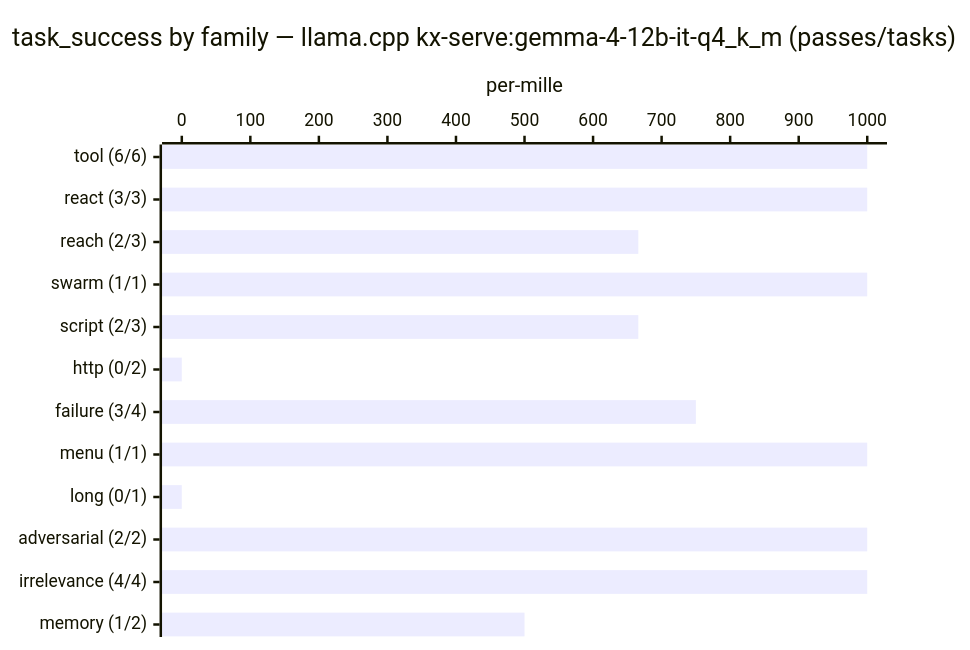
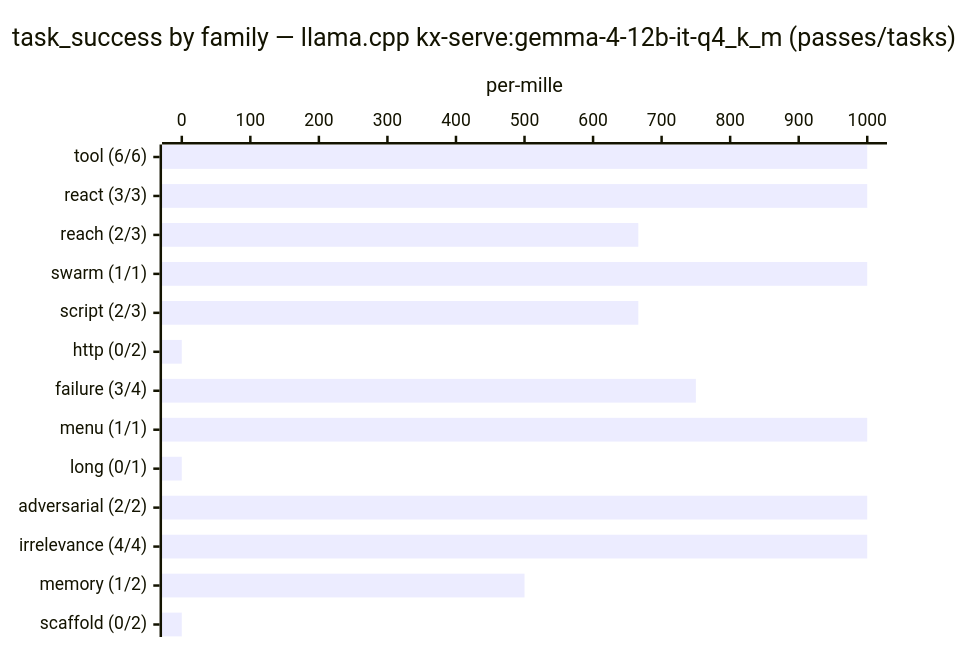
Before and after one commit to Kortecx/kortecx: the second of 2 diagrams in README.md, drawn with Mermaid. The commit also changed other lines of this file and 84 other files, not shown here.

````diff
--- a/README.md
+++ b/README.md
@@ -316,7 +317,7 @@
 ```mermaid
 xychart-beta horizontal
     title "task_success by family — llama.cpp kx-serve:gemma-4-12b-it-q4_k_m (passes/tasks)"
-    x-axis ["tool (6/6)", "react (3/3)", "reach (2/3)", "swarm (1/1)", "script (2/3)", "http (0/2)", "failure (3/4)", "menu (1/1)", "long (0/1)", "adversarial (2/2)", "irrelevance (4/4)", "memory (1/2)"]
+    x-axis ["tool (6/6)", "react (3/3)", "reach (2/3)", "swarm (1/1)", "script (2/3)", "http (0/2)", "failure (3/4)", "menu (1/1)", "long (0/1)", "adversarial (2/2)", "irrelevance (4/4)", "memory (1/2)", "scaffold (0/2)"]
     y-axis "per-mille" 0 --> 1000
-    bar [1000, 1000, 666, 1000, 666, 0, 750, 1000, 0, 1000, 1000, 500]
+    bar [1000, 1000, 666, 1000, 666, 0, 750, 1000, 0, 1000, 1000, 500, 0]
 ```
````
